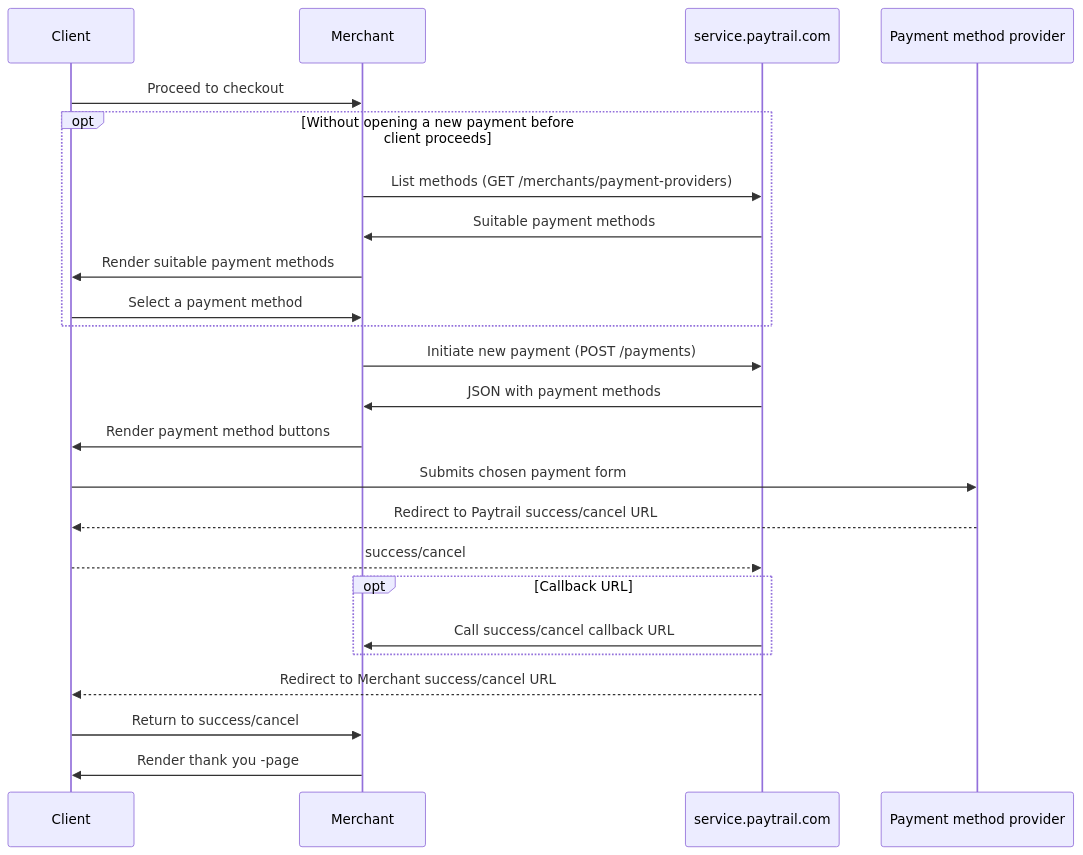
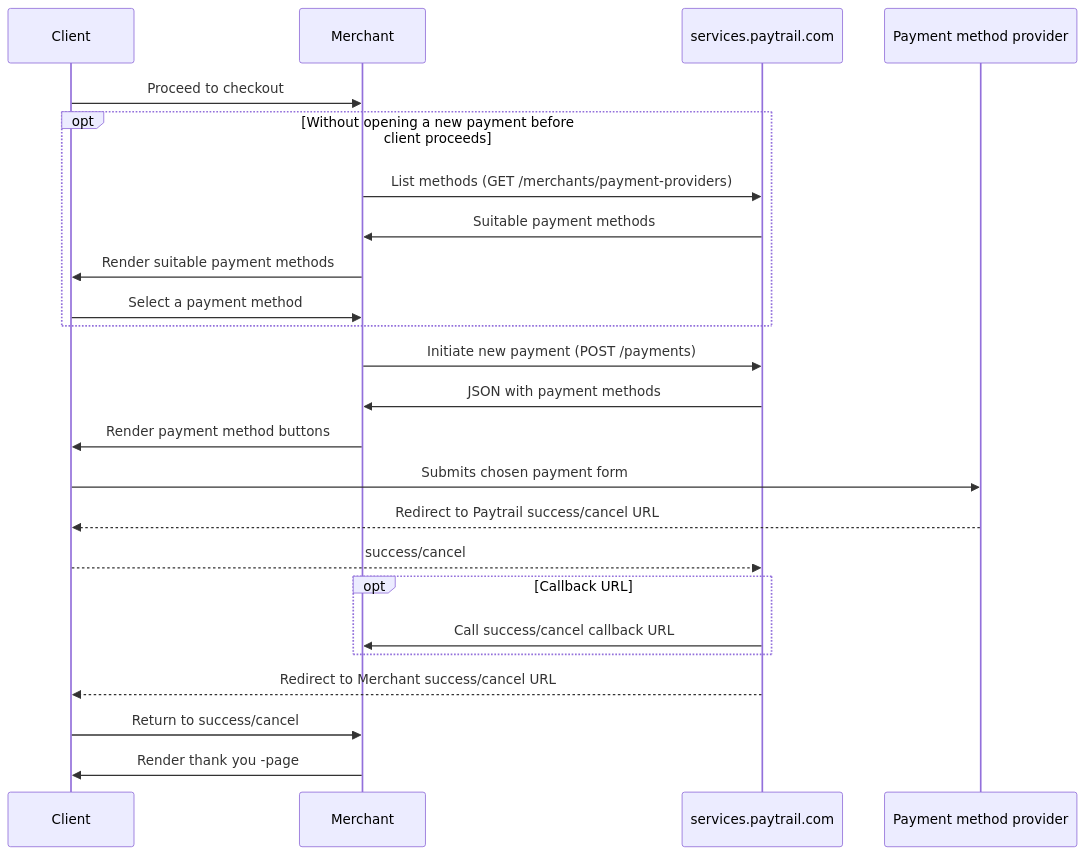
The first of 3 diagrams in docs/README.md (paytrail/api-documentation), drawn with Mermaid before and after one commit. The commit also changed other lines of this file and 4 other files, not shown here.

````diff
--- a/docs/README.md
+++ b/docs/README.md
@@ -79,27 +80,27 @@
 ```mermaid
 sequenceDiagram
 
 Client ->> Merchant: Proceed to checkout
 
 opt Without opening a new payment before client proceeds
-Merchant ->> service.paytrail.com: List methods (GET /merchants/payment-providers)
-service.paytrail.com ->> Merchant: Suitable payment methods
+Merchant ->> services.paytrail.com: List methods (GET /merchants/payment-providers)
+services.paytrail.com ->> Merchant: Suitable payment methods
 Merchant ->> Client: Render suitable payment methods
 Client ->> Merchant: Select a payment method
 end
 
-Merchant ->> service.paytrail.com: Initiate new payment (POST /payments)
-service.paytrail.com ->> Merchant: JSON with payment methods
+Merchant ->> services.paytrail.com: Initiate new payment (POST /payments)
+services.paytrail.com ->> Merchant: JSON with payment methods
 Merchant ->> Client: Render payment method buttons
 Client ->> Payment method provider: Submits chosen payment form
 Payment method provider -->> Client: Redirect to Paytrail success/cancel URL
-Client -->> service.paytrail.com: success/cancel
+Client -->> services.paytrail.com: success/cancel
 
 opt Callback URL
-service.paytrail.com->> Merchant: Call success/cancel callback URL
+services.paytrail.com->> Merchant: Call success/cancel callback URL
 end
 
-service.paytrail.com -->> Client: Redirect to Merchant success/cancel URL
+services.paytrail.com -->> Client: Redirect to Merchant success/cancel URL
 Client ->> Merchant: Return to success/cancel
 Merchant ->> Client: Render thank you -page
 ```
````
